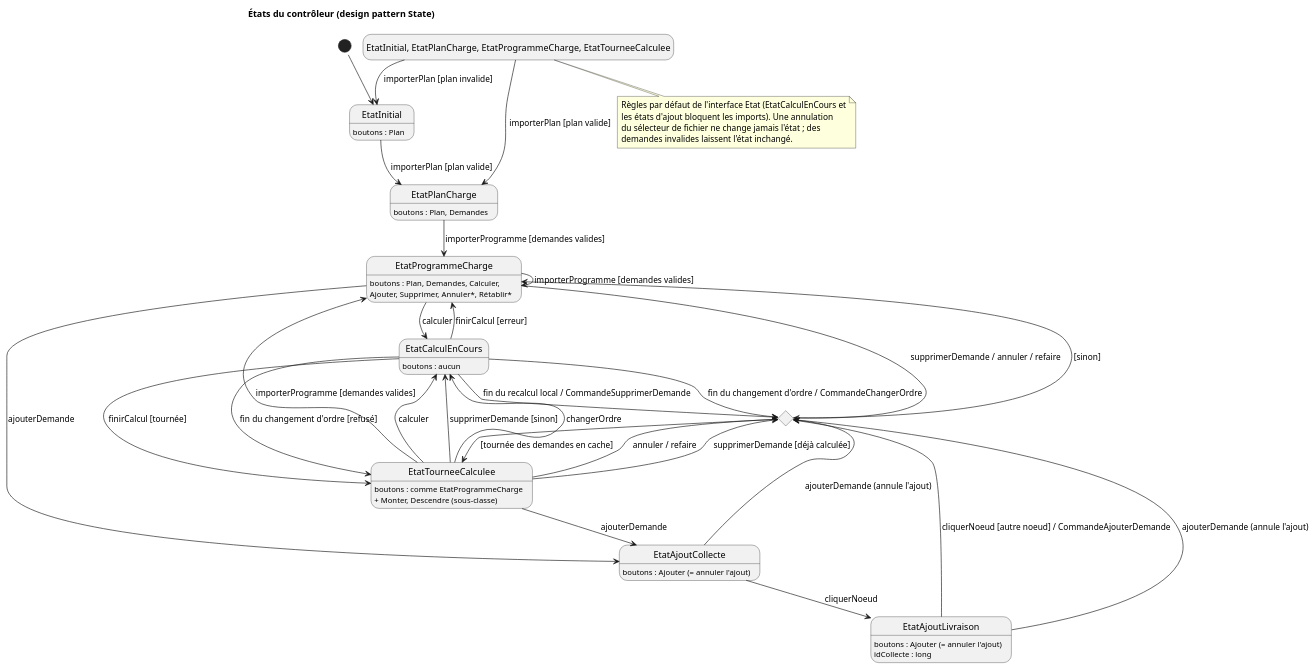
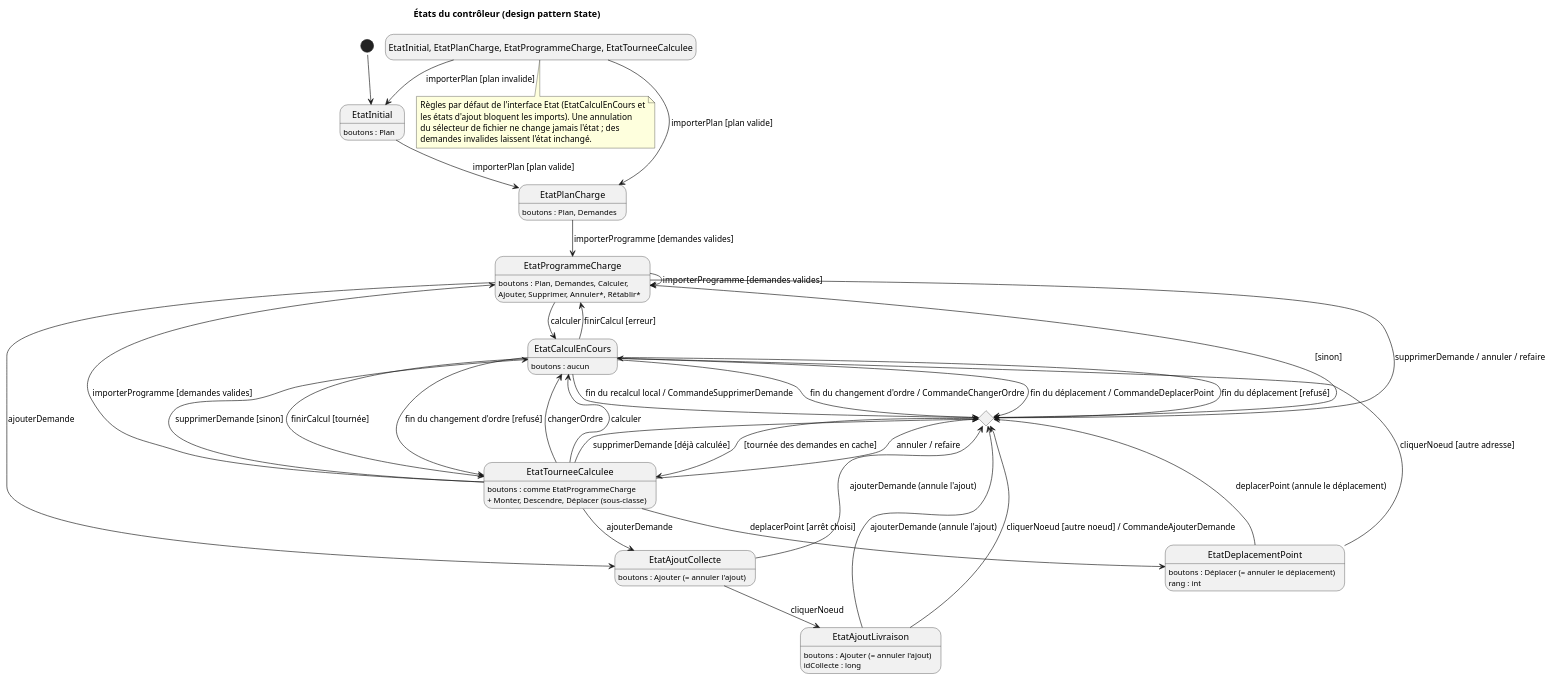
The diagram in docs/diagrams/etats-controleur.puml (tristanhp/Optimod-Lyon), drawn with PlantUML before and after one commit. The commit also changed 14 other files, not shown here.

Commit message:
feat: déplacer un point de collecte ou de livraison (TIG-43)

```diff
--- a/docs/diagrams/etats-controleur.puml
+++ b/docs/diagrams/etats-controleur.puml
@@ -1,55 +1,63 @@
 @startuml etats-controleur
 !pragma layout smetana
 title États du contrôleur (design pattern State)
 hide empty description
 [*] --> EtatInitial
 EtatInitial : boutons : Plan
 EtatPlanCharge : boutons : Plan, Demandes
 EtatProgrammeCharge : boutons : Plan, Demandes, Calculer,
 EtatProgrammeCharge : Ajouter, Supprimer, Annuler*, Rétablir*
 EtatCalculEnCours : boutons : aucun
 EtatTourneeCalculee : boutons : comme EtatProgrammeCharge
-EtatTourneeCalculee : + Monter, Descendre (sous-classe)
+EtatTourneeCalculee : + Monter, Descendre, Déplacer (sous-classe)
 EtatAjoutCollecte : boutons : Ajouter (= annuler l'ajout)
 EtatAjoutLivraison : boutons : Ajouter (= annuler l'ajout)
 EtatAjoutLivraison : idCollecte : long
+EtatDeplacementPoint : boutons : Déplacer (= annuler le déplacement)
+EtatDeplacementPoint : rang : int
 
 EtatInitial --> EtatPlanCharge : importerPlan [plan valide]
 EtatPlanCharge --> EtatProgrammeCharge : importerProgramme [demandes valides]
 EtatProgrammeCharge --> EtatCalculEnCours : calculer
 EtatCalculEnCours --> EtatTourneeCalculee : finirCalcul [tournée]
 EtatCalculEnCours --> EtatProgrammeCharge : finirCalcul [erreur]
 EtatTourneeCalculee --> EtatCalculEnCours : calculer
 EtatProgrammeCharge --> EtatProgrammeCharge : importerProgramme [demandes valides]
 EtatTourneeCalculee --> EtatProgrammeCharge : importerProgramme [demandes valides]
 
 state "Choix de l'état selon le cache" as cache <<choice>>
 EtatProgrammeCharge --> cache : supprimerDemande / annuler / refaire
 EtatTourneeCalculee --> cache : annuler / refaire
 EtatTourneeCalculee --> cache : supprimerDemande [déjà calculée]
 EtatTourneeCalculee --> EtatCalculEnCours : supprimerDemande [sinon]
 EtatCalculEnCours --> cache : fin du recalcul local / CommandeSupprimerDemande
 EtatTourneeCalculee --> EtatCalculEnCours : changerOrdre
 EtatCalculEnCours --> cache : fin du changement d'ordre / CommandeChangerOrdre
 EtatCalculEnCours --> EtatTourneeCalculee : fin du changement d'ordre [refusé]
 cache --> EtatTourneeCalculee : [tournée des demandes en cache]
 cache --> EtatProgrammeCharge : [sinon]
 
 EtatProgrammeCharge --> EtatAjoutCollecte : ajouterDemande
 EtatTourneeCalculee --> EtatAjoutCollecte : ajouterDemande
 EtatAjoutCollecte --> EtatAjoutLivraison : cliquerNoeud
 EtatAjoutLivraison --> cache : cliquerNoeud [autre noeud] / CommandeAjouterDemande
 EtatAjoutCollecte --> cache : ajouterDemande (annule l'ajout)
 EtatAjoutLivraison --> cache : ajouterDemande (annule l'ajout)
 
+EtatTourneeCalculee --> EtatDeplacementPoint : deplacerPoint [arrêt choisi]
+EtatDeplacementPoint --> EtatCalculEnCours : cliquerNoeud [autre adresse]
+EtatCalculEnCours --> cache : fin du déplacement / CommandeDeplacerPoint
+EtatCalculEnCours --> cache : fin du déplacement [refusé]
+EtatDeplacementPoint --> cache : deplacerPoint (annule le déplacement)
+
 state "EtatInitial, EtatPlanCharge, EtatProgrammeCharge, EtatTourneeCalculee" as tous
 tous --> EtatPlanCharge : importerPlan [plan valide]
 tous --> EtatInitial : importerPlan [plan invalide]
 
 note bottom of tous
 Règles par défaut de l'interface Etat (EtatCalculEnCours et
 les états d'ajout bloquent les imports). Une annulation
 du sélecteur de fichier ne change jamais l'état ; des
 demandes invalides laissent l'état inchangé.
 end note
 @enduml
```
